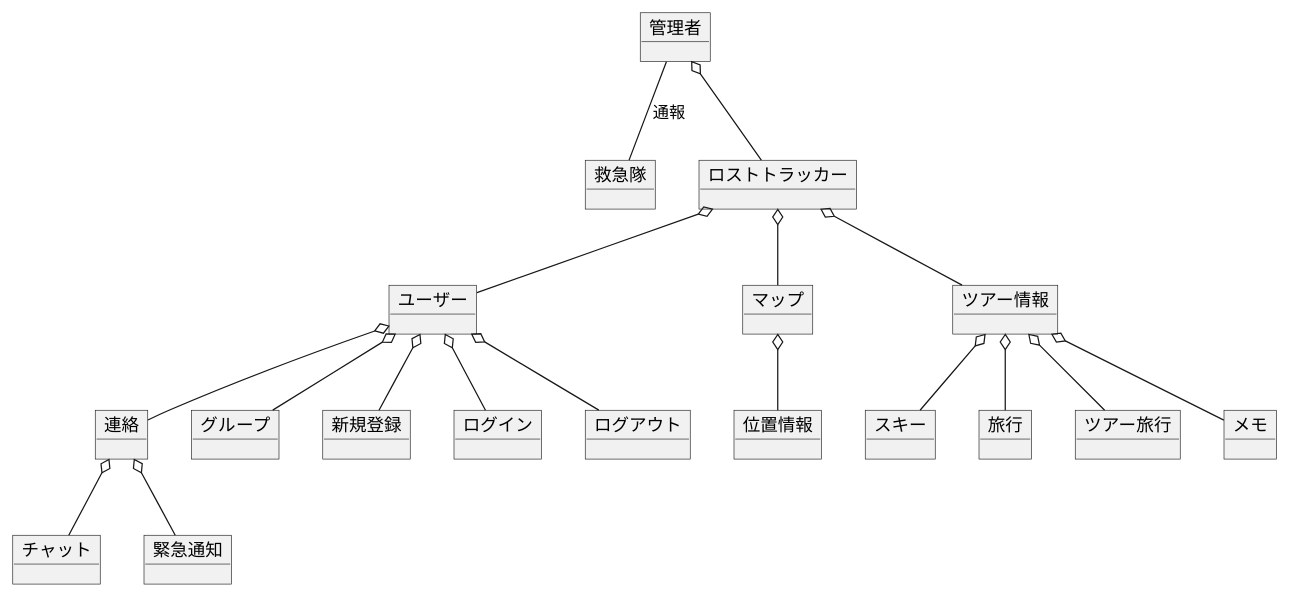
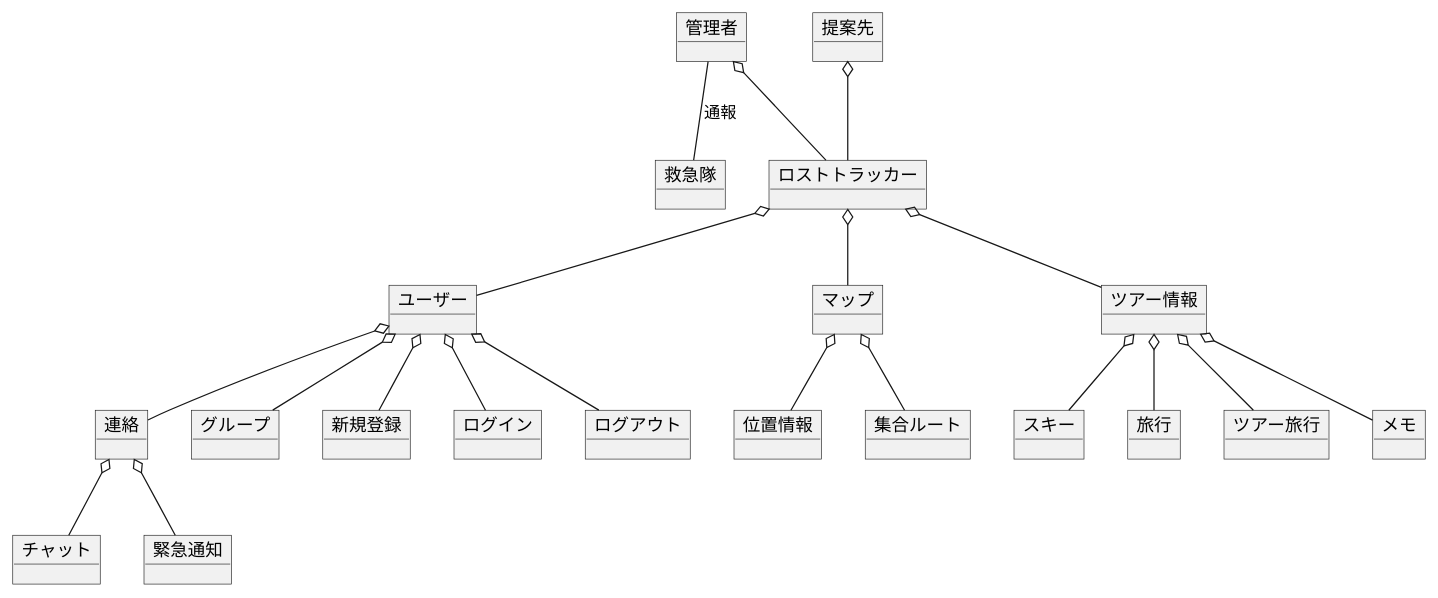
The second of 2 diagrams in F_dmainModel.plantuml (ksw2270227/GroupF), drawn with PlantUML before and after one commit.

Commit message:
斉藤編集

```diff
--- a/F_dmainModel.plantuml
+++ b/F_dmainModel.plantuml
@@ -44,50 +44,55 @@
 @startuml ドメインモデル2
 
 object 救急隊
 object ロストトラッカー
-object 位置情報
 object 管理者
 object ユーザー
+object 提案先
+
+object 位置情報
 object マップ
 object スキー
 object 旅行
 object ツアー旅行
 object メモ
 object ツアー情報
 object 連絡
 object グループ
 object チャット
 object 緊急通知
 
 object 新規登録
 object ログイン
 object ログアウト
+object 集合ルート
 
 
 
 
 管理者 -- 救急隊 : 通報
+提案先 o-- ロストトラッカー
 管理者 o-- ロストトラッカー
 ロストトラッカー o-- ユーザー
 
 ユーザー o-- 連絡
 連絡 o-- チャット
 連絡 o-- 緊急通知
 
 ユーザー o-- 新規登録
 ユーザー o-- ログイン
 ユーザー o-- ログアウト
 
 ユーザー o-- グループ
 
 ロストトラッカー o-- マップ
+マップ o-- 集合ルート
 マップ o-- 位置情報
 ロストトラッカー o-- ツアー情報
 
 ツアー情報 o-- スキー
 ツアー情報 o-- 旅行
 ツアー情報 o-- ツアー旅行
 ツアー情報 o-- メモ
 
 
 @enduml
```
